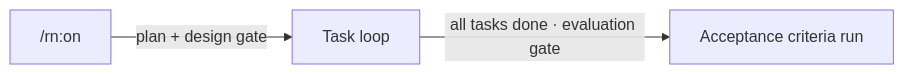
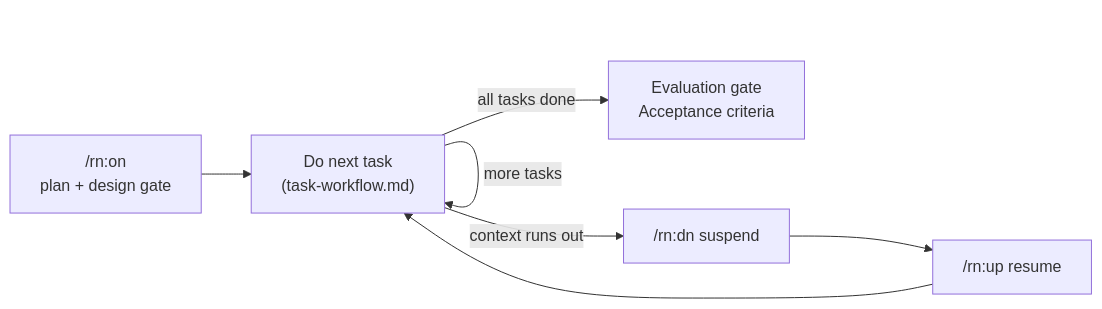
The second of 2 diagrams in rn/docs/design.md (lovaizu/ccpm), drawn with Mermaid before and after one commit. The commit also changed other lines of this file, not shown here.

First line of the commit message:
docs(rn): Flow conveys one message — driving to done across context resets

````diff
--- a/rn/docs/design.md
+++ b/rn/docs/design.md
@@ -56,5 +60,9 @@
 ```mermaid
 flowchart LR
-  on["/rn:on"] -->|plan + design gate| loop["Task loop"]
-  loop -->|all tasks done · evaluation gate| eval["Acceptance criteria run"]
+  on["/rn:on<br/>plan + design gate"] --> task["Do next task<br/>(task-workflow.md)"]
+  task -->|more tasks| task
+  task -->|context runs out| dn["/rn:dn suspend"]
+  dn --> up["/rn:up resume"]
+  up --> task
+  task -->|all tasks done| eval["Evaluation gate<br/>Acceptance criteria"]
 ```
````
